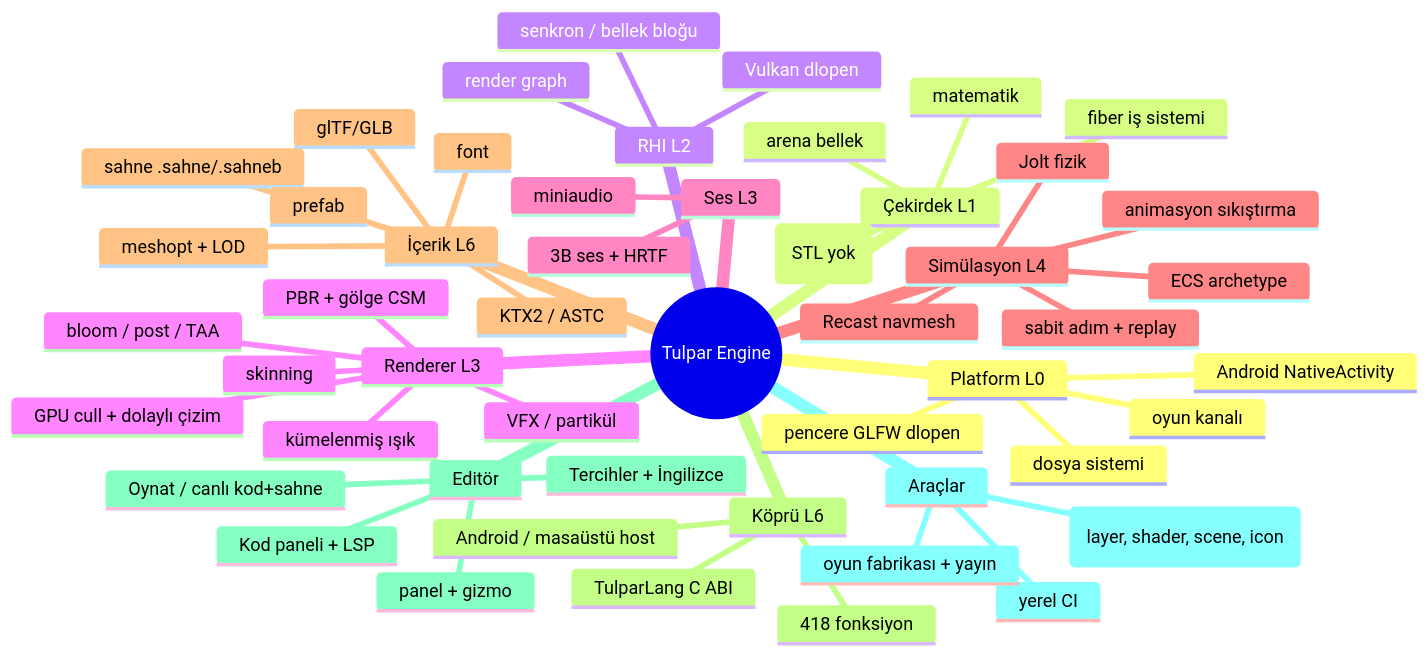
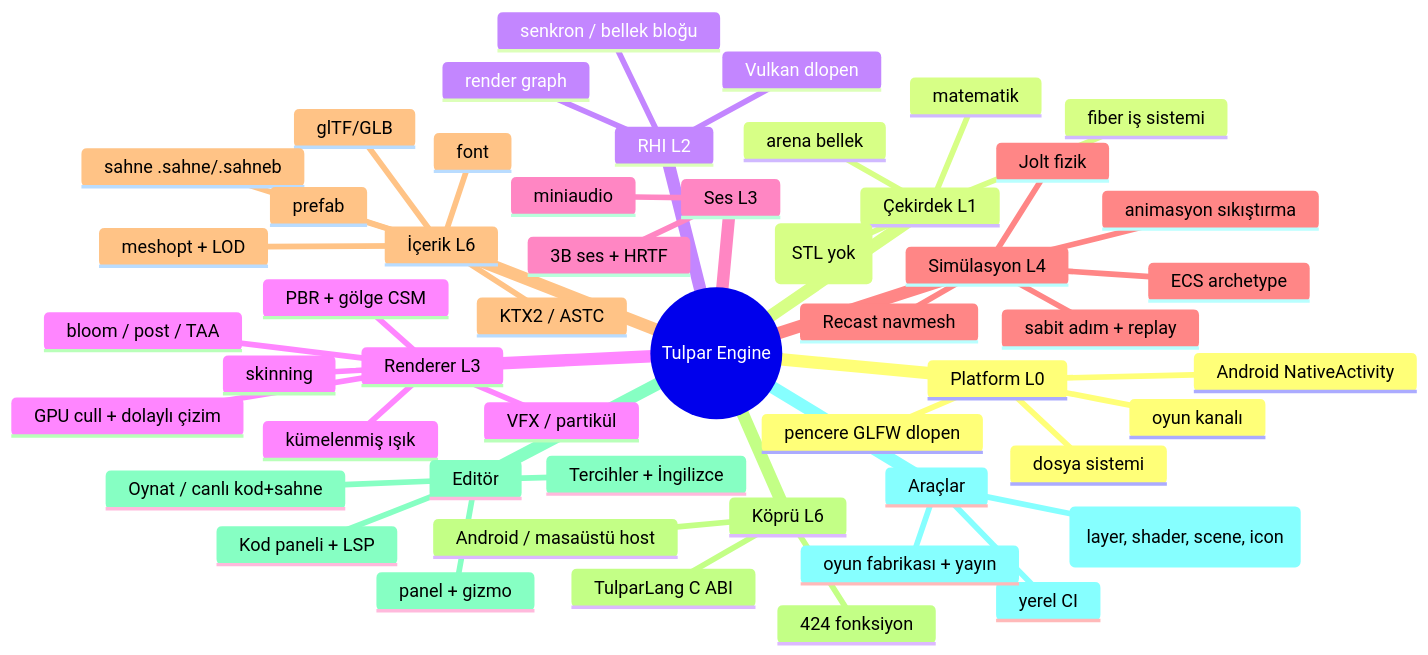
Before and after one commit to hamer1818/tulpar-engine: the diagram in docs/OZELLIK-HARITASI.md, drawn with Mermaid. The commit also changed other lines of this file and 16 other files, not shown here.

````diff
--- a/docs/OZELLIK-HARITASI.md
+++ b/docs/OZELLIK-HARITASI.md
@@ -10,54 +10,54 @@
 ```mermaid
 mindmap
   root((Tulpar Engine))
     Platform L0
       pencere GLFW dlopen
       dosya sistemi
       Android NativeActivity
       oyun kanalı
     Çekirdek L1
       fiber iş sistemi
       arena bellek
       matematik
       konteynerler (STL yok)
     RHI L2
       Vulkan dlopen
       render graph
       senkron / bellek bloğu
     Renderer L3
       PBR + gölge CSM
       bloom / post / TAA
       GPU cull + dolaylı çizim
       kümelenmiş ışık
       skinning
       VFX / partikül
     Ses L3
       miniaudio
       3B ses + HRTF
     Simülasyon L4
       ECS archetype
       Jolt fizik
       Recast navmesh
       animasyon sıkıştırma
       sabit adım + replay
     İçerik L6
       glTF/GLB
       sahne .sahne/.sahneb
       KTX2 / ASTC
       meshopt + LOD
       font
       prefab
     Köprü L6
       TulparLang C ABI
-      418 fonksiyon
+      424 fonksiyon
       Android / masaüstü host
     Editör
       panel + gizmo
       Kod paneli + LSP
       Oynat / canlı kod+sahne
       Tercihler + İngilizce
     Araçlar
       kapılar (layer, shader, scene, icon)
       yerel CI
       oyun fabrikası + yayın
 ```
````
